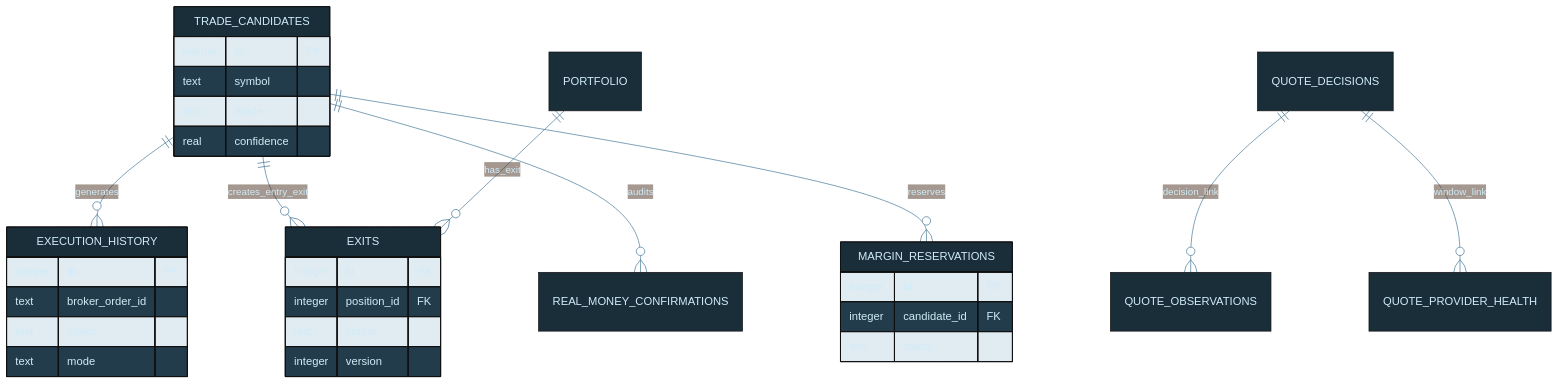
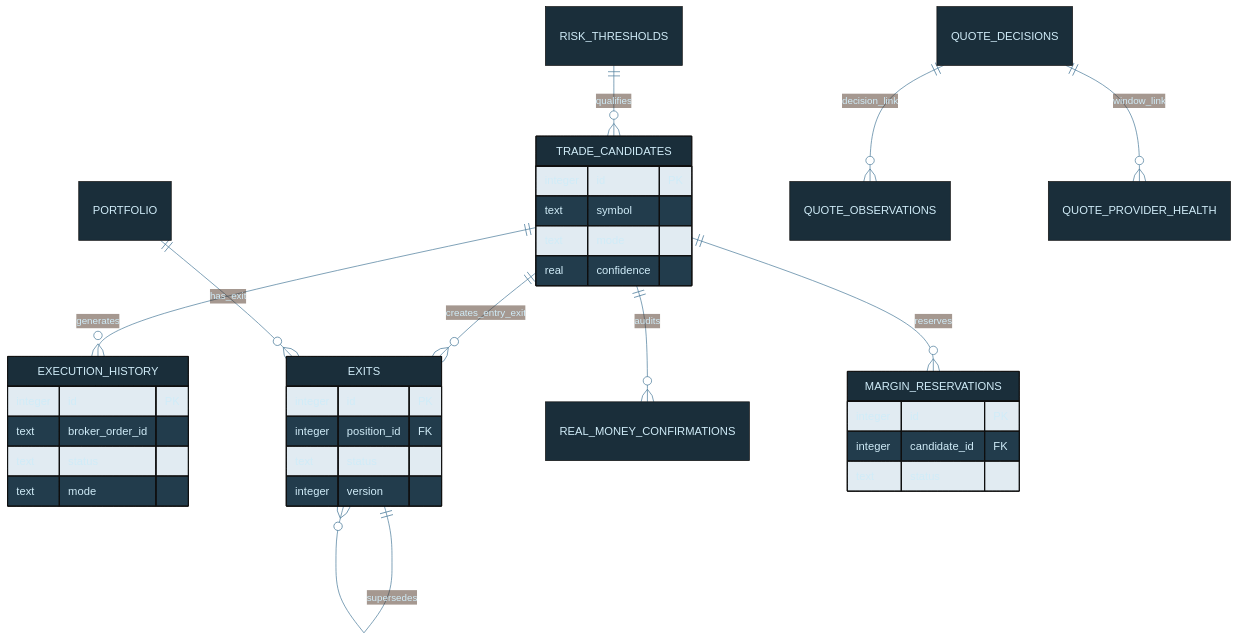
Before and after one commit to tylerdrakemusic/-Workspace: the diagram in diagrams/capital-db-derived-trading.mmd, drawn with Mermaid. The commit also changed 7 other files, not shown here.

Commit message:
fix: repair architecture diagram reconciliation

```diff
--- a/diagrams/capital-db-derived-trading.mmd
+++ b/diagrams/capital-db-derived-trading.mmd
@@ -1,15 +1,17 @@
 %%{init: {'theme': 'base', 'themeVariables': {'primaryColor': '#1a2e3a', 'primaryTextColor': '#d0ecf8', 'edgeLabelBackground': '#0f1318', 'lineColor': '#4a7a9a'}}}%%
 %% is_derived_view=true
 %% Traceability.parent: diagrams/capital-db-schema.mmd
 erDiagram
+    RISK_THRESHOLDS ||--o{ TRADE_CANDIDATES : qualifies
     TRADE_CANDIDATES ||--o{ EXECUTION_HISTORY : generates
     TRADE_CANDIDATES ||--o{ EXITS : creates_entry_exit
     PORTFOLIO ||--o{ EXITS : has_exit
+    EXITS ||--o{ EXITS : supersedes
     TRADE_CANDIDATES ||--o{ REAL_MONEY_CONFIRMATIONS : audits
     TRADE_CANDIDATES ||--o{ MARGIN_RESERVATIONS : reserves
     QUOTE_DECISIONS ||--o{ QUOTE_OBSERVATIONS : decision_link
     QUOTE_DECISIONS ||--o{ QUOTE_PROVIDER_HEALTH : window_link
     TRADE_CANDIDATES { integer id PK text symbol text mode real confidence }
     EXECUTION_HISTORY { integer id PK text broker_order_id text status text mode }
     EXITS { integer id PK integer position_id FK text status integer version }
     MARGIN_RESERVATIONS { integer id PK integer candidate_id FK text status }
```
